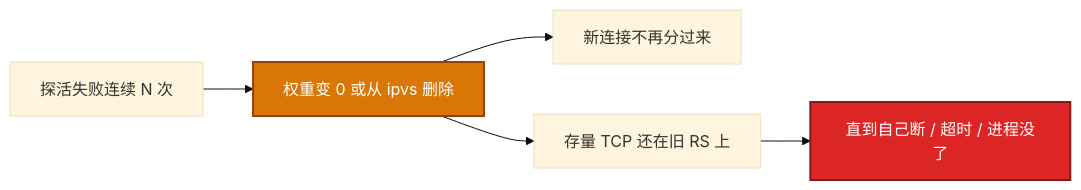
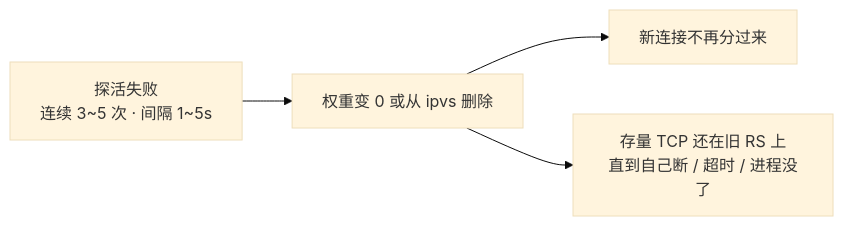
Before and after one commit to ml-cuizijun/LearnToLilith: the third of 4 diagrams in 01-基础底座/18-LVS与四层负载均衡/知识点.md, drawn with Mermaid (base theme). The commit also changed other lines of this file and 470 other files, not shown here.

````diff
--- a/01-基础底座/18-LVS与四层负载均衡/知识点.md
+++ b/01-基础底座/18-LVS与四层负载均衡/知识点.md
@@ -646,12 +339,6 @@
 ```mermaid
 flowchart LR
-    p[探活失败连续 N 次] --> w[权重变 0 或从 ipvs 删除]
-    w --> n[新连接不再分过来]
-    w --> o[存量 TCP 还在旧 RS 上]
-    o --> d[直到自己断 / 超时 / 进程没了]
-
-    classDef a fill:#D97706,stroke:#92400E,stroke-width:2px,color:#fff
-    classDef b fill:#DC2626,stroke:#7F1D1D,stroke-width:2px,color:#fff
-    class w a
-    class d b
+    A["探活失败<br/>连续 3~5 次 · 间隔 1~5s"] --> B["权重变 0 或从 ipvs 删除"]
+    B --> C["新连接不再分过来"]
+    B --> D["存量 TCP 还在旧 RS 上<br/>直到自己断 / 超时 / 进程没了"]
 ```
````
